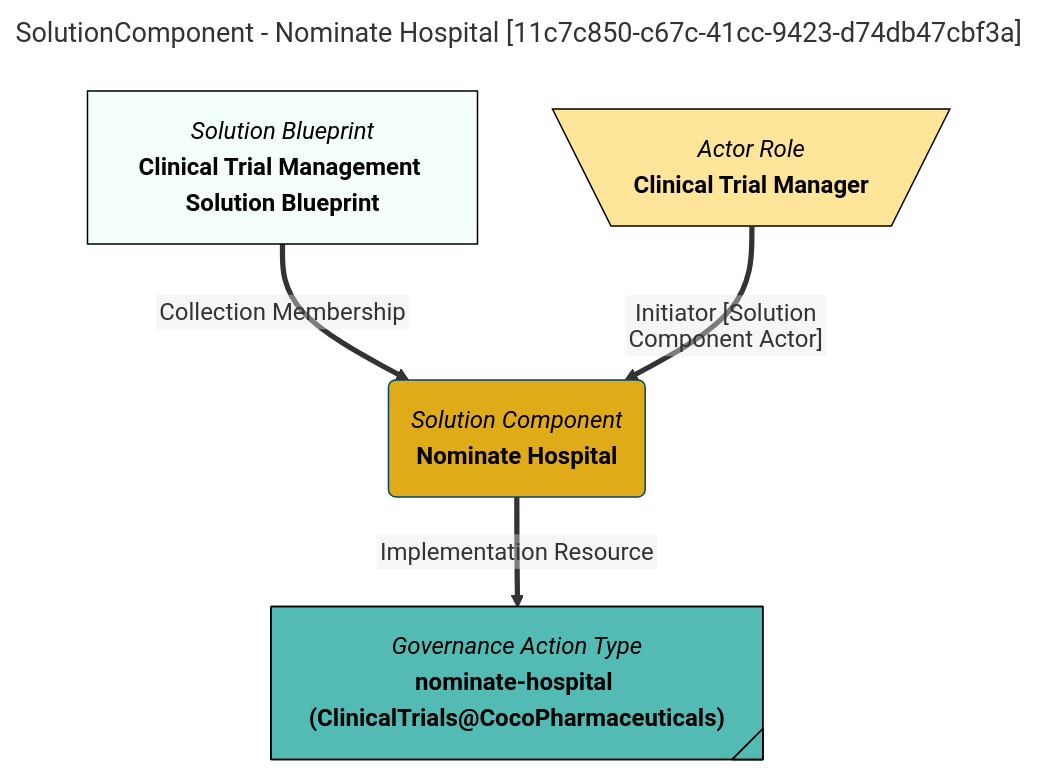
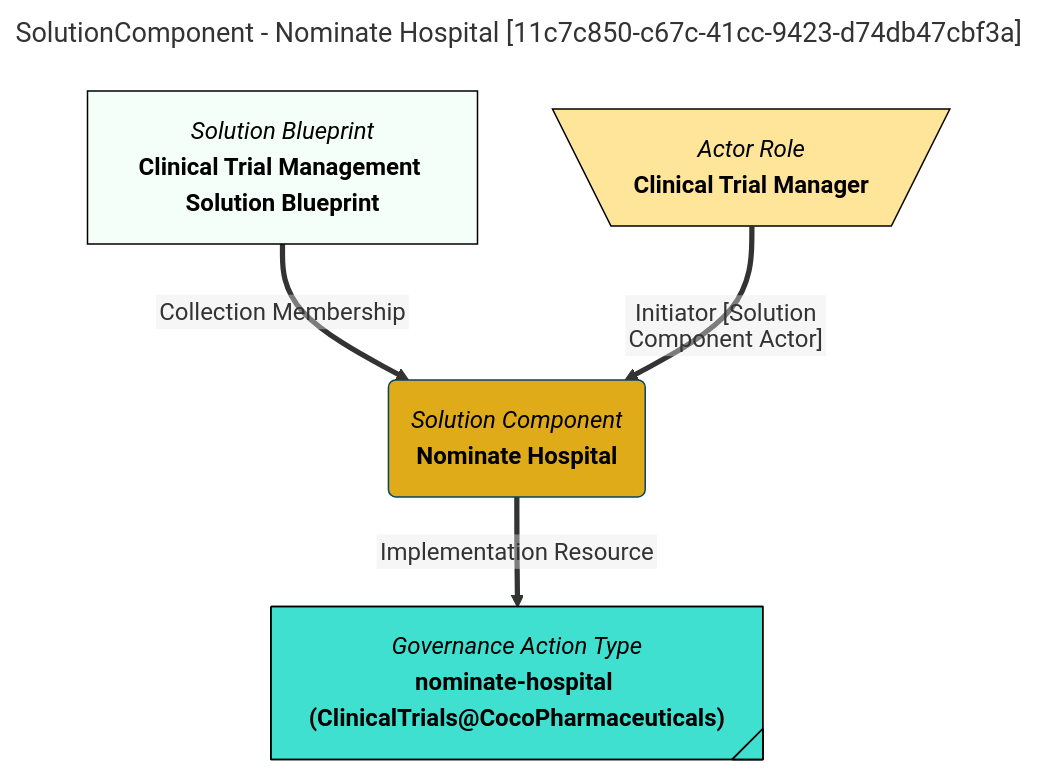
One commit to odpi/egeria-docs changed the diagram in site/snippets/blueprints/components/nominate-hospital-mermaid-graph.md. Above: the diagram before and after it, drawn with Mermaid. The commit also changed 2201 other files, not shown here.

````diff
--- a/site/snippets/blueprints/components/nominate-hospital-mermaid-graph.md
+++ b/site/snippets/blueprints/components/nominate-hospital-mermaid-graph.md
@@ -1,23 +1,23 @@
 ```mermaid
 ---
 title: SolutionComponent - Nominate Hospital [11c7c850-c67c-41cc-9423-d74db47cbf3a]
 ---
 flowchart TD
 %%{init: {"flowchart": {"htmlLabels": false}} }%%
 
 1@{ shape: rounded, label: "*Solution Component*
 **Nominate Hospital**"}
 2@{ shape: rect, label: "*Solution Blueprint*
 **Clinical Trial Management Solution Blueprint**"}
 2==>|"Collection Membership"|1
 3@{ shape: trap-t, label: "*Actor Role*
 **Clinical Trial Manager**"}
 3==>|"Initiator [Solution Component Actor]"|1
 4@{ shape: tag-rect, label: "*Governance Action Type*
 **nominate-hospital (ClinicalTrials@CocoPharmaceuticals)**"}
 1==>|"Implementation Resource"|4
 style 1 color:#000000, fill:#e0ab18, stroke:#004563
 style 2 color:#000000, fill:#f5fffa, stroke:#000000
 style 3 color:#000000, fill:#FFE599, stroke:#000000
-style 4 color:#000000, fill:#53bbb4, stroke:#000000
+style 4 color:#000000, fill:#40E0D0, stroke:#000000
 ```
````
